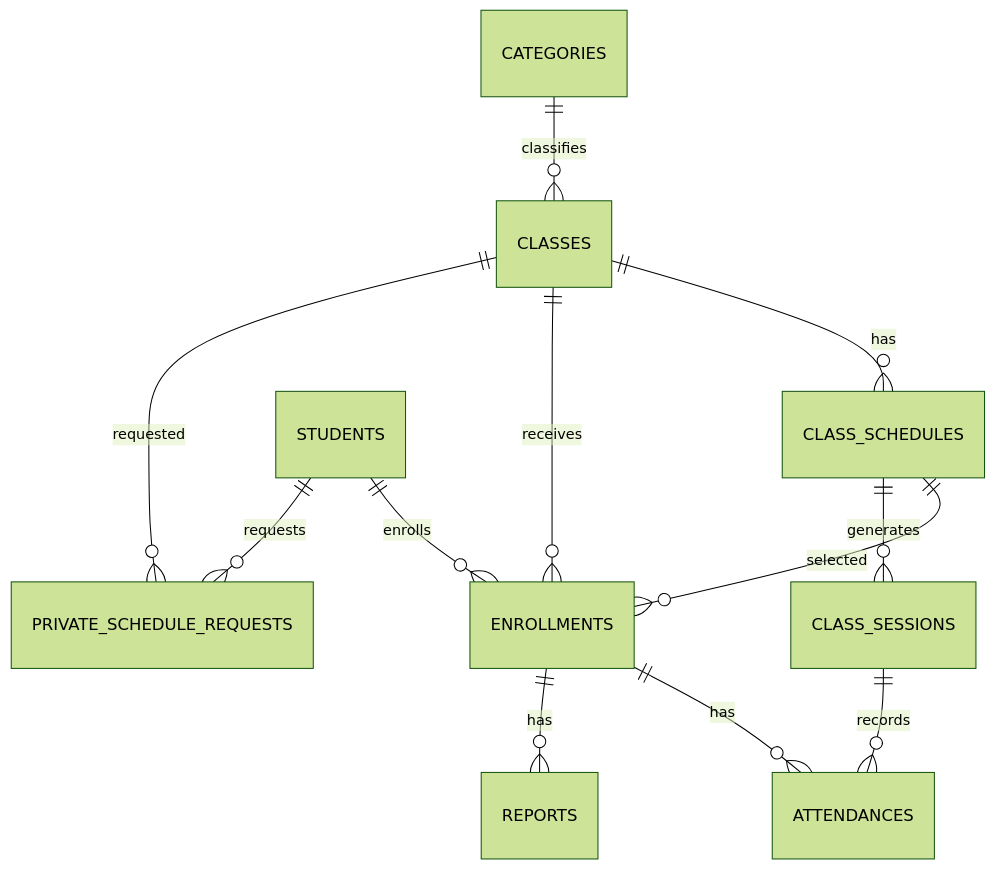
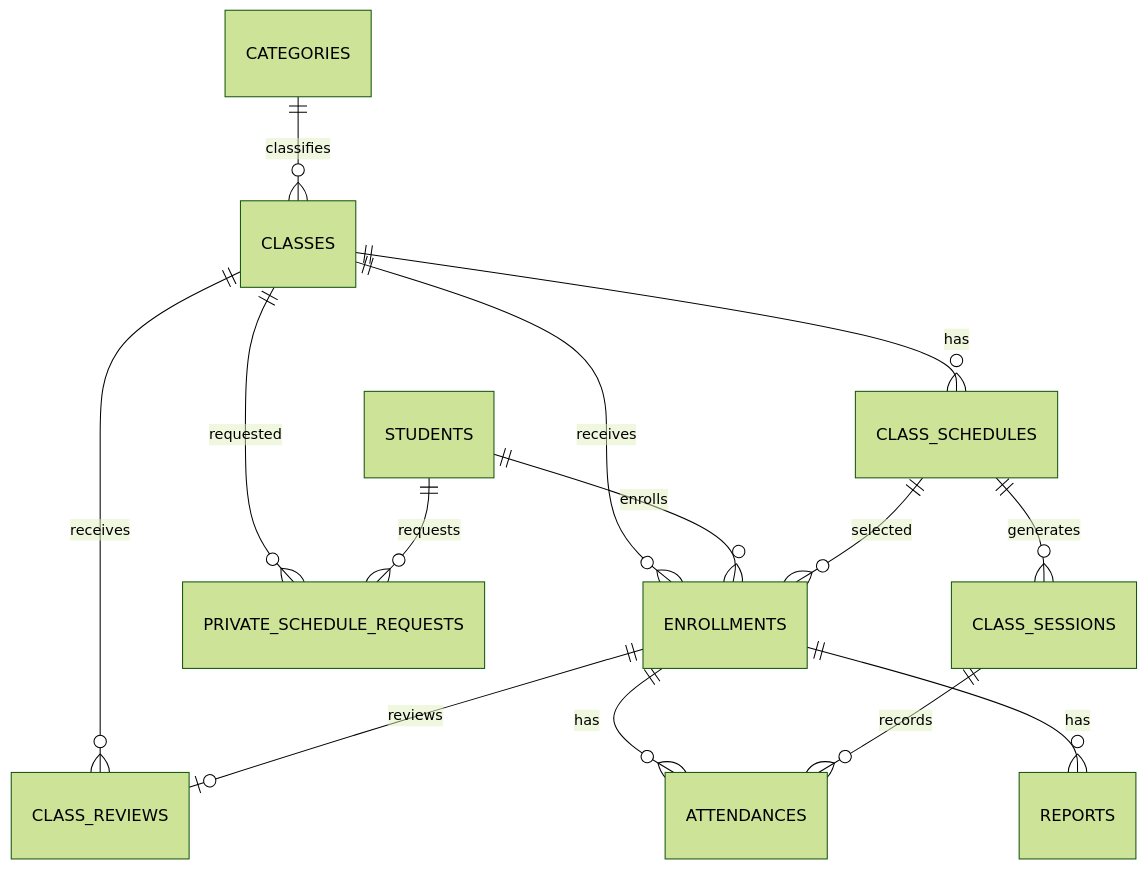
One commit to kelolakelas/kelolakelas-docs changed the diagram in docs/data/academic-schema.md. Above: the diagram before and after it, drawn with Mermaid (forest theme). The commit also changed other lines of this file and 5 other files, not shown here.

````diff
--- a/docs/data/academic-schema.md
+++ b/docs/data/academic-schema.md
@@ -5,14 +5,16 @@
 ```mermaid
 erDiagram
   CATEGORIES ||--o{ CLASSES : classifies
   CLASSES ||--o{ CLASS_SCHEDULES : has
   CLASSES ||--o{ ENROLLMENTS : receives
+  CLASSES ||--o{ CLASS_REVIEWS : receives
+  ENROLLMENTS ||--o| CLASS_REVIEWS : reviews
   STUDENTS ||--o{ ENROLLMENTS : enrolls
   CLASSES ||--o{ PRIVATE_SCHEDULE_REQUESTS : requested
   STUDENTS ||--o{ PRIVATE_SCHEDULE_REQUESTS : requests
   CLASS_SCHEDULES ||--o{ ENROLLMENTS : selected
   CLASS_SCHEDULES ||--o{ CLASS_SESSIONS : generates
   ENROLLMENTS ||--o{ ATTENDANCES : has
   CLASS_SESSIONS ||--o{ ATTENDANCES : records
   ENROLLMENTS ||--o{ REPORTS : has
 ```
````
